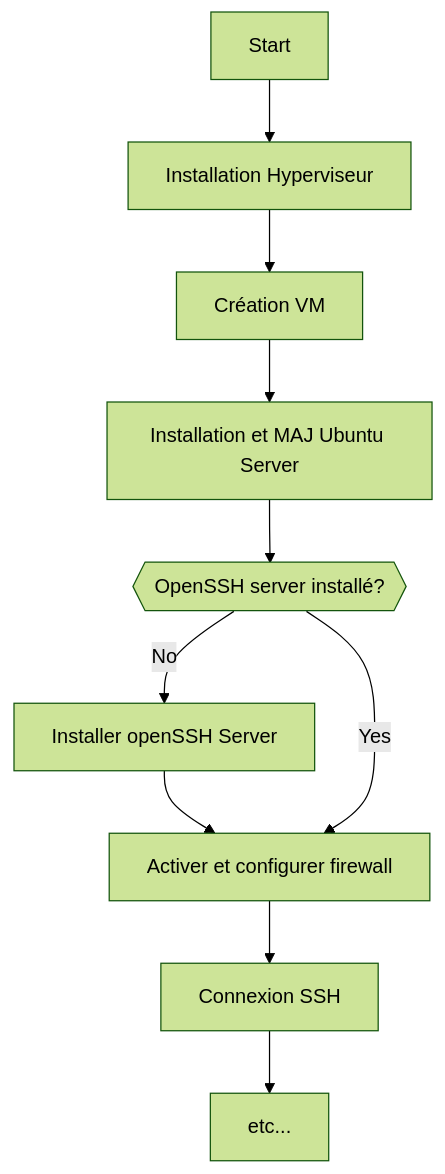
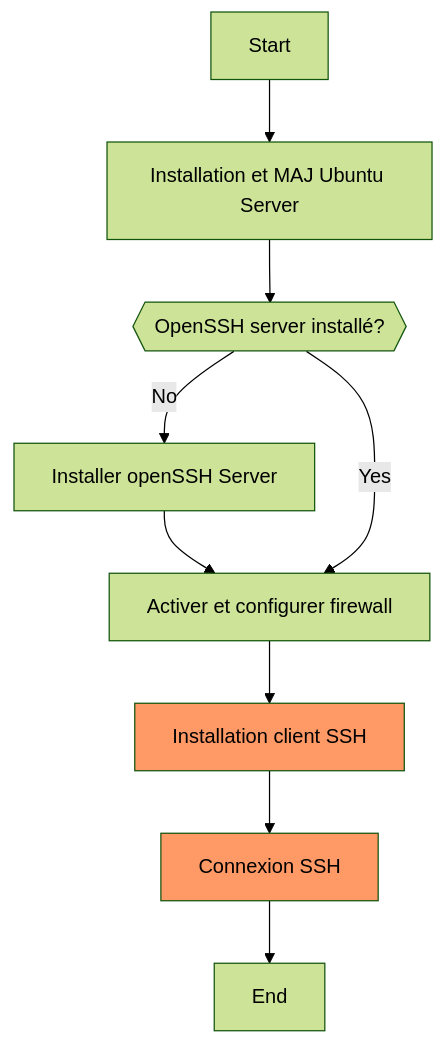
One commit to fabrice1618/flopsecurity changed the second of 5 diagrams in README.md. Above: the diagram before and after it, drawn with Mermaid (forest theme). The commit also changed other lines of this file, not shown here.

````diff
--- a/README.md
+++ b/README.md
@@ -66,12 +125,12 @@
 ```mermaid
 flowchart TD
-    A[Start] --> B[Installation Hyperviseur]
-    B --> C[Création VM]
-    C --> D[Installation et MAJ Ubuntu Server]
+    A[Start] --> D[Installation et MAJ Ubuntu Server]
     D --> F{{OpenSSH server installé?}}
     F -- No --> G[Installer openSSH Server]
     G --> H[Activer firewall]
     F -- Yes --> H[Activer et configurer firewall]
-    H --> I[Connexion SSH]
-    I --> J[etc...]
+    H --> I[Installation client SSH]:::host
+    I --> J[Connexion SSH]:::host
+    J --> K[End]
+    classDef host fill:#f96;
 ```
````
